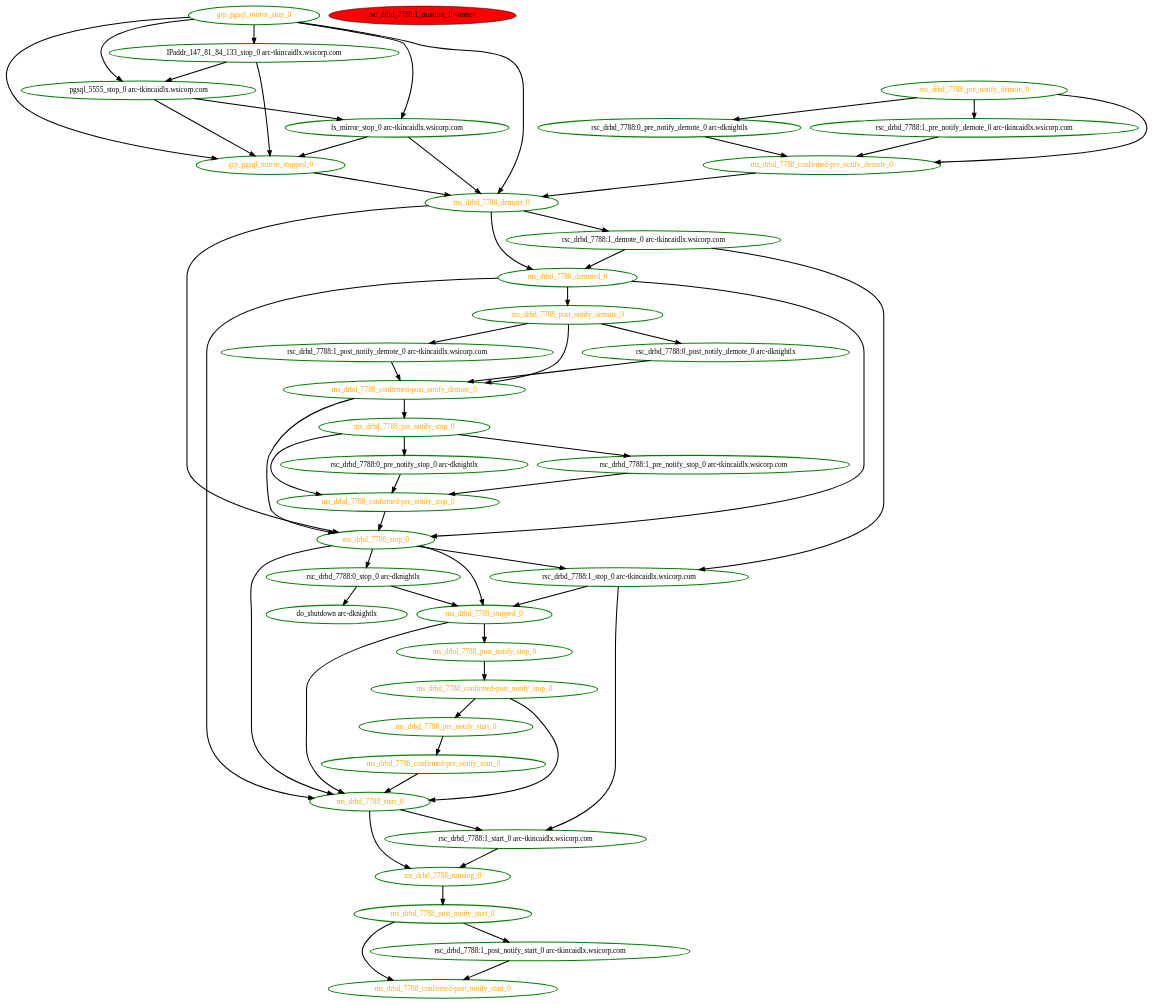
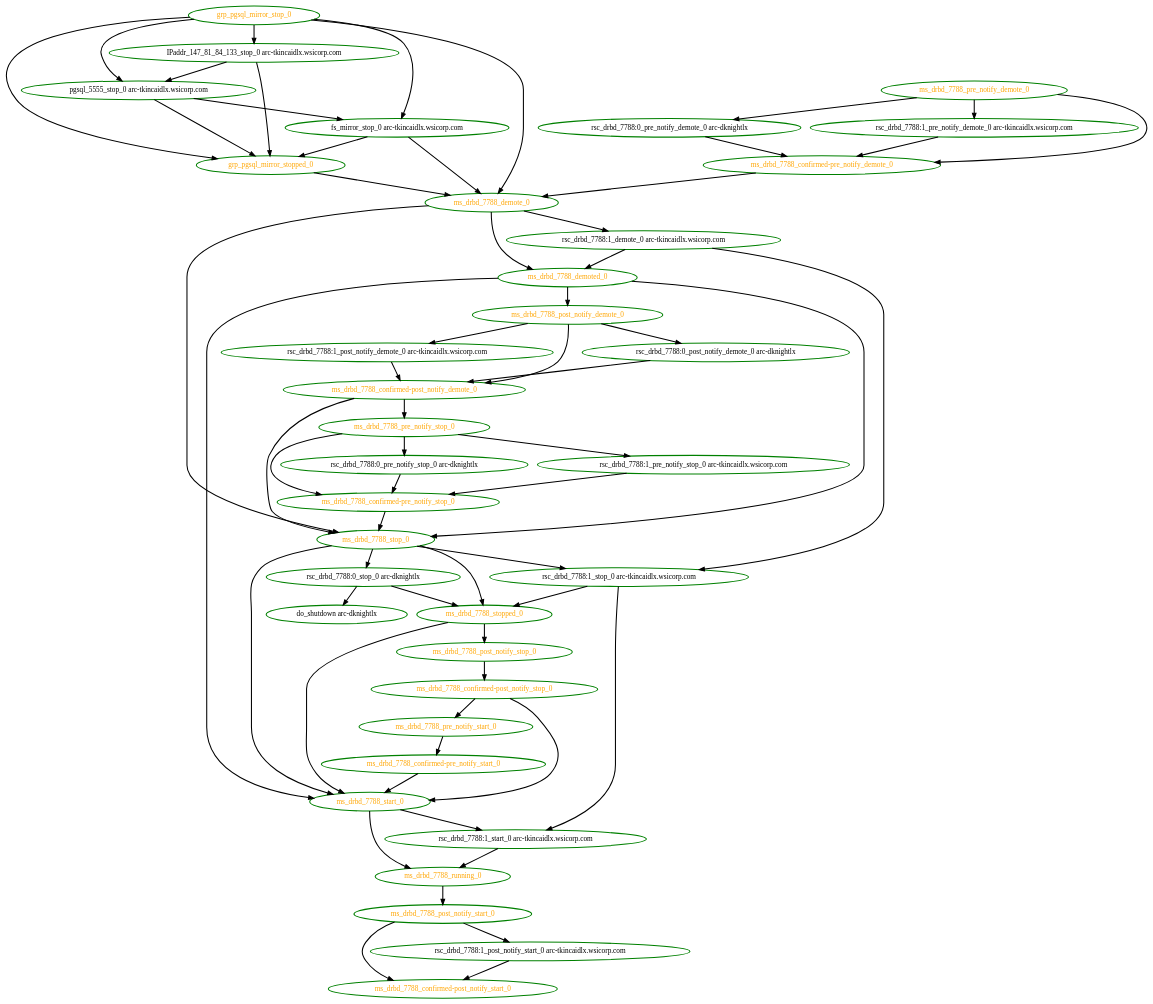
The diagram in crm/pengine/testcases/bug-1572-2.dot (richiewen8/heartbeat), drawn with Graphviz before and after one commit. The commit also changed 8 other files, not shown here.

```diff
--- a/crm/pengine/testcases/bug-1572-2.dot
+++ b/crm/pengine/testcases/bug-1572-2.dot
@@ -1,99 +1,98 @@
 digraph "g" {
 "IPaddr_147_81_84_133_stop_0 arc-tkincaidlx.wsicorp.com" -> "grp_pgsql_mirror_stopped_0" [ style = bold]
 "IPaddr_147_81_84_133_stop_0 arc-tkincaidlx.wsicorp.com" -> "pgsql_5555_stop_0 arc-tkincaidlx.wsicorp.com" [ style = bold]
 "IPaddr_147_81_84_133_stop_0 arc-tkincaidlx.wsicorp.com" [ style=bold color="green" fontcolor="black"  ]
 "do_shutdown arc-dknightlx" [ style=bold color="green" fontcolor="black"  ]
 "fs_mirror_stop_0 arc-tkincaidlx.wsicorp.com" -> "grp_pgsql_mirror_stopped_0" [ style = bold]
 "fs_mirror_stop_0 arc-tkincaidlx.wsicorp.com" -> "ms_drbd_7788_demote_0" [ style = bold]
 "fs_mirror_stop_0 arc-tkincaidlx.wsicorp.com" [ style=bold color="green" fontcolor="black"  ]
 "grp_pgsql_mirror_stop_0" -> "IPaddr_147_81_84_133_stop_0 arc-tkincaidlx.wsicorp.com" [ style = bold]
 "grp_pgsql_mirror_stop_0" -> "fs_mirror_stop_0 arc-tkincaidlx.wsicorp.com" [ style = bold]
 "grp_pgsql_mirror_stop_0" -> "grp_pgsql_mirror_stopped_0" [ style = bold]
 "grp_pgsql_mirror_stop_0" -> "ms_drbd_7788_demote_0" [ style = bold]
 "grp_pgsql_mirror_stop_0" -> "pgsql_5555_stop_0 arc-tkincaidlx.wsicorp.com" [ style = bold]
 "grp_pgsql_mirror_stop_0" [ style=bold color="green" fontcolor="orange"  ]
 "grp_pgsql_mirror_stopped_0" -> "ms_drbd_7788_demote_0" [ style = bold]
 "grp_pgsql_mirror_stopped_0" [ style=bold color="green" fontcolor="orange"  ]
 "ms_drbd_7788_confirmed-post_notify_demote_0" -> "ms_drbd_7788_pre_notify_stop_0" [ style = bold]
 "ms_drbd_7788_confirmed-post_notify_demote_0" -> "ms_drbd_7788_stop_0" [ style = bold]
 "ms_drbd_7788_confirmed-post_notify_demote_0" [ style=bold color="green" fontcolor="orange"  ]
 "ms_drbd_7788_confirmed-post_notify_start_0" [ style=bold color="green" fontcolor="orange"  ]
 "ms_drbd_7788_confirmed-post_notify_stop_0" -> "ms_drbd_7788_pre_notify_start_0" [ style = bold]
 "ms_drbd_7788_confirmed-post_notify_stop_0" -> "ms_drbd_7788_start_0" [ style = bold]
 "ms_drbd_7788_confirmed-post_notify_stop_0" [ style=bold color="green" fontcolor="orange"  ]
 "ms_drbd_7788_confirmed-pre_notify_demote_0" -> "ms_drbd_7788_demote_0" [ style = bold]
 "ms_drbd_7788_confirmed-pre_notify_demote_0" [ style=bold color="green" fontcolor="orange"  ]
 "ms_drbd_7788_confirmed-pre_notify_start_0" -> "ms_drbd_7788_start_0" [ style = bold]
 "ms_drbd_7788_confirmed-pre_notify_start_0" [ style=bold color="green" fontcolor="orange"  ]
 "ms_drbd_7788_confirmed-pre_notify_stop_0" -> "ms_drbd_7788_stop_0" [ style = bold]
 "ms_drbd_7788_confirmed-pre_notify_stop_0" [ style=bold color="green" fontcolor="orange"  ]
 "ms_drbd_7788_demote_0" -> "ms_drbd_7788_demoted_0" [ style = bold]
 "ms_drbd_7788_demote_0" -> "ms_drbd_7788_stop_0" [ style = bold]
 "ms_drbd_7788_demote_0" -> "rsc_drbd_7788:1_demote_0 arc-tkincaidlx.wsicorp.com" [ style = bold]
 "ms_drbd_7788_demote_0" [ style=bold color="green" fontcolor="orange"  ]
 "ms_drbd_7788_demoted_0" -> "ms_drbd_7788_post_notify_demote_0" [ style = bold]
 "ms_drbd_7788_demoted_0" -> "ms_drbd_7788_start_0" [ style = bold]
 "ms_drbd_7788_demoted_0" -> "ms_drbd_7788_stop_0" [ style = bold]
 "ms_drbd_7788_demoted_0" [ style=bold color="green" fontcolor="orange"  ]
 "ms_drbd_7788_post_notify_demote_0" -> "ms_drbd_7788_confirmed-post_notify_demote_0" [ style = bold]
 "ms_drbd_7788_post_notify_demote_0" -> "rsc_drbd_7788:0_post_notify_demote_0 arc-dknightlx" [ style = bold]
 "ms_drbd_7788_post_notify_demote_0" -> "rsc_drbd_7788:1_post_notify_demote_0 arc-tkincaidlx.wsicorp.com" [ style = bold]
 "ms_drbd_7788_post_notify_demote_0" [ style=bold color="green" fontcolor="orange"  ]
 "ms_drbd_7788_post_notify_start_0" -> "ms_drbd_7788_confirmed-post_notify_start_0" [ style = bold]
 "ms_drbd_7788_post_notify_start_0" -> "rsc_drbd_7788:1_post_notify_start_0 arc-tkincaidlx.wsicorp.com" [ style = bold]
 "ms_drbd_7788_post_notify_start_0" [ style=bold color="green" fontcolor="orange"  ]
 "ms_drbd_7788_post_notify_stop_0" -> "ms_drbd_7788_confirmed-post_notify_stop_0" [ style = bold]
 "ms_drbd_7788_post_notify_stop_0" [ style=bold color="green" fontcolor="orange"  ]
 "ms_drbd_7788_pre_notify_demote_0" -> "ms_drbd_7788_confirmed-pre_notify_demote_0" [ style = bold]
 "ms_drbd_7788_pre_notify_demote_0" -> "rsc_drbd_7788:0_pre_notify_demote_0 arc-dknightlx" [ style = bold]
 "ms_drbd_7788_pre_notify_demote_0" -> "rsc_drbd_7788:1_pre_notify_demote_0 arc-tkincaidlx.wsicorp.com" [ style = bold]
 "ms_drbd_7788_pre_notify_demote_0" [ style=bold color="green" fontcolor="orange"  ]
 "ms_drbd_7788_pre_notify_start_0" -> "ms_drbd_7788_confirmed-pre_notify_start_0" [ style = bold]
 "ms_drbd_7788_pre_notify_start_0" [ style=bold color="green" fontcolor="orange"  ]
 "ms_drbd_7788_pre_notify_stop_0" -> "ms_drbd_7788_confirmed-pre_notify_stop_0" [ style = bold]
 "ms_drbd_7788_pre_notify_stop_0" -> "rsc_drbd_7788:0_pre_notify_stop_0 arc-dknightlx" [ style = bold]
 "ms_drbd_7788_pre_notify_stop_0" -> "rsc_drbd_7788:1_pre_notify_stop_0 arc-tkincaidlx.wsicorp.com" [ style = bold]
 "ms_drbd_7788_pre_notify_stop_0" [ style=bold color="green" fontcolor="orange"  ]
 "ms_drbd_7788_running_0" -> "ms_drbd_7788_post_notify_start_0" [ style = bold]
 "ms_drbd_7788_running_0" [ style=bold color="green" fontcolor="orange"  ]
 "ms_drbd_7788_start_0" -> "ms_drbd_7788_running_0" [ style = bold]
 "ms_drbd_7788_start_0" -> "rsc_drbd_7788:1_start_0 arc-tkincaidlx.wsicorp.com" [ style = bold]
 "ms_drbd_7788_start_0" [ style=bold color="green" fontcolor="orange"  ]
 "ms_drbd_7788_stop_0" -> "ms_drbd_7788_start_0" [ style = bold]
 "ms_drbd_7788_stop_0" -> "ms_drbd_7788_stopped_0" [ style = bold]
 "ms_drbd_7788_stop_0" -> "rsc_drbd_7788:0_stop_0 arc-dknightlx" [ style = bold]
 "ms_drbd_7788_stop_0" -> "rsc_drbd_7788:1_stop_0 arc-tkincaidlx.wsicorp.com" [ style = bold]
 "ms_drbd_7788_stop_0" [ style=bold color="green" fontcolor="orange"  ]
 "ms_drbd_7788_stopped_0" -> "ms_drbd_7788_post_notify_stop_0" [ style = bold]
 "ms_drbd_7788_stopped_0" -> "ms_drbd_7788_start_0" [ style = bold]
 "ms_drbd_7788_stopped_0" [ style=bold color="green" fontcolor="orange"  ]
 "pgsql_5555_stop_0 arc-tkincaidlx.wsicorp.com" -> "fs_mirror_stop_0 arc-tkincaidlx.wsicorp.com" [ style = bold]
 "pgsql_5555_stop_0 arc-tkincaidlx.wsicorp.com" -> "grp_pgsql_mirror_stopped_0" [ style = bold]
 "pgsql_5555_stop_0 arc-tkincaidlx.wsicorp.com" [ style=bold color="green" fontcolor="black"  ]
 "rsc_drbd_7788:0_post_notify_demote_0 arc-dknightlx" -> "ms_drbd_7788_confirmed-post_notify_demote_0" [ style = bold]
 "rsc_drbd_7788:0_post_notify_demote_0 arc-dknightlx" [ style=bold color="green" fontcolor="black"  ]
 "rsc_drbd_7788:0_pre_notify_demote_0 arc-dknightlx" -> "ms_drbd_7788_confirmed-pre_notify_demote_0" [ style = bold]
 "rsc_drbd_7788:0_pre_notify_demote_0 arc-dknightlx" [ style=bold color="green" fontcolor="black"  ]
 "rsc_drbd_7788:0_pre_notify_stop_0 arc-dknightlx" -> "ms_drbd_7788_confirmed-pre_notify_stop_0" [ style = bold]
 "rsc_drbd_7788:0_pre_notify_stop_0 arc-dknightlx" [ style=bold color="green" fontcolor="black"  ]
 "rsc_drbd_7788:0_stop_0 arc-dknightlx" -> "do_shutdown arc-dknightlx" [ style = bold]
 "rsc_drbd_7788:0_stop_0 arc-dknightlx" -> "ms_drbd_7788_stopped_0" [ style = bold]
 "rsc_drbd_7788:0_stop_0 arc-dknightlx" [ style=bold color="green" fontcolor="black"  ]
 "rsc_drbd_7788:1_demote_0 arc-tkincaidlx.wsicorp.com" -> "ms_drbd_7788_demoted_0" [ style = bold]
 "rsc_drbd_7788:1_demote_0 arc-tkincaidlx.wsicorp.com" -> "rsc_drbd_7788:1_stop_0 arc-tkincaidlx.wsicorp.com" [ style = bold]
 "rsc_drbd_7788:1_demote_0 arc-tkincaidlx.wsicorp.com" [ style=bold color="green" fontcolor="black"  ]
-"rsc_drbd_7788:1_monitor_0 <none>" [ style=filled color="black" fontcolor="black"  fillcolor=red]
 "rsc_drbd_7788:1_post_notify_demote_0 arc-tkincaidlx.wsicorp.com" -> "ms_drbd_7788_confirmed-post_notify_demote_0" [ style = bold]
 "rsc_drbd_7788:1_post_notify_demote_0 arc-tkincaidlx.wsicorp.com" [ style=bold color="green" fontcolor="black"  ]
 "rsc_drbd_7788:1_post_notify_start_0 arc-tkincaidlx.wsicorp.com" -> "ms_drbd_7788_confirmed-post_notify_start_0" [ style = bold]
 "rsc_drbd_7788:1_post_notify_start_0 arc-tkincaidlx.wsicorp.com" [ style=bold color="green" fontcolor="black"  ]
 "rsc_drbd_7788:1_pre_notify_demote_0 arc-tkincaidlx.wsicorp.com" -> "ms_drbd_7788_confirmed-pre_notify_demote_0" [ style = bold]
 "rsc_drbd_7788:1_pre_notify_demote_0 arc-tkincaidlx.wsicorp.com" [ style=bold color="green" fontcolor="black"  ]
 "rsc_drbd_7788:1_pre_notify_stop_0 arc-tkincaidlx.wsicorp.com" -> "ms_drbd_7788_confirmed-pre_notify_stop_0" [ style = bold]
 "rsc_drbd_7788:1_pre_notify_stop_0 arc-tkincaidlx.wsicorp.com" [ style=bold color="green" fontcolor="black"  ]
 "rsc_drbd_7788:1_start_0 arc-tkincaidlx.wsicorp.com" -> "ms_drbd_7788_running_0" [ style = bold]
 "rsc_drbd_7788:1_start_0 arc-tkincaidlx.wsicorp.com" [ style=bold color="green" fontcolor="black"  ]
 "rsc_drbd_7788:1_stop_0 arc-tkincaidlx.wsicorp.com" -> "ms_drbd_7788_stopped_0" [ style = bold]
 "rsc_drbd_7788:1_stop_0 arc-tkincaidlx.wsicorp.com" -> "rsc_drbd_7788:1_start_0 arc-tkincaidlx.wsicorp.com" [ style = bold]
 "rsc_drbd_7788:1_stop_0 arc-tkincaidlx.wsicorp.com" [ style=bold color="green" fontcolor="black"  ]
 }
```
